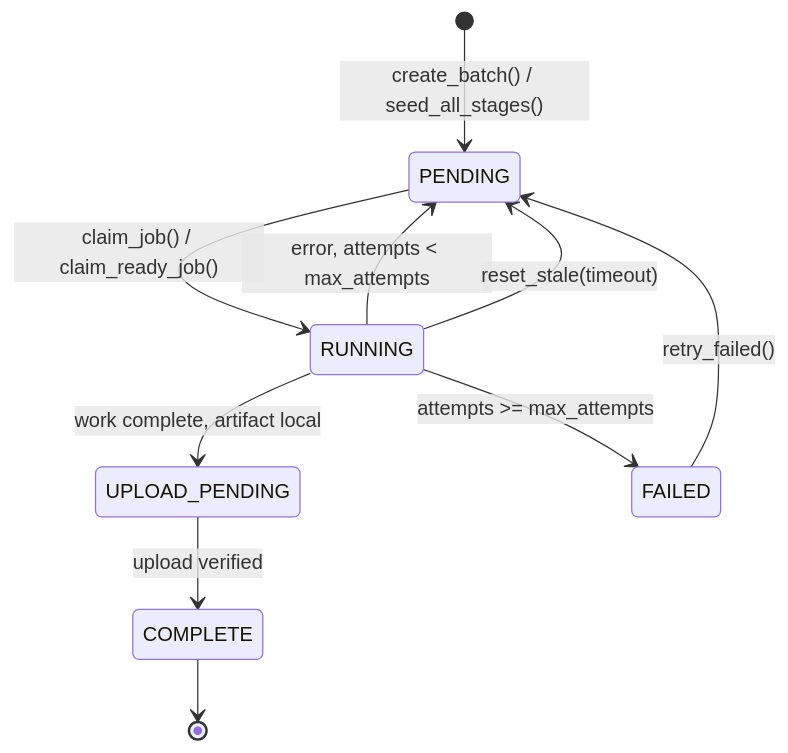
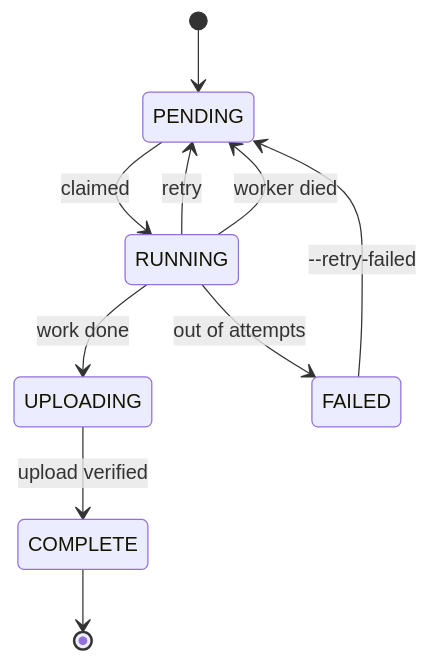
One commit to DamnKuldeep/ContentFactory changed the second of 2 diagrams in docs/ARCHITECTURE.md. Above: the diagram before and after it, drawn with Mermaid. The commit also changed other lines of this file and 13 other files, not shown here.

First line of the commit message:
Rewrite the docs in a plainer voice, simplify the diagrams

````diff
--- a/docs/ARCHITECTURE.md
+++ b/docs/ARCHITECTURE.md
@@ -234,12 +165,12 @@
 ```mermaid
 stateDiagram-v2
-    [*] --> PENDING: create_batch() / seed_all_stages()
-    PENDING --> RUNNING: claim_job() / claim_ready_job()
-    RUNNING --> UPLOAD_PENDING: work complete, artifact local
-    UPLOAD_PENDING --> COMPLETE: upload verified
-    RUNNING --> PENDING: error, attempts < max_attempts
-    RUNNING --> FAILED: attempts >= max_attempts
-    RUNNING --> PENDING: reset_stale(timeout)
-    FAILED --> PENDING: retry_failed()
+    [*] --> PENDING
+    PENDING --> RUNNING: claimed
+    RUNNING --> UPLOADING: work done
+    UPLOADING --> COMPLETE: upload verified
+    RUNNING --> PENDING: retry
+    RUNNING --> FAILED: out of attempts
+    RUNNING --> PENDING: worker died
+    FAILED --> PENDING: --retry-failed
     COMPLETE --> [*]
 ```
````
